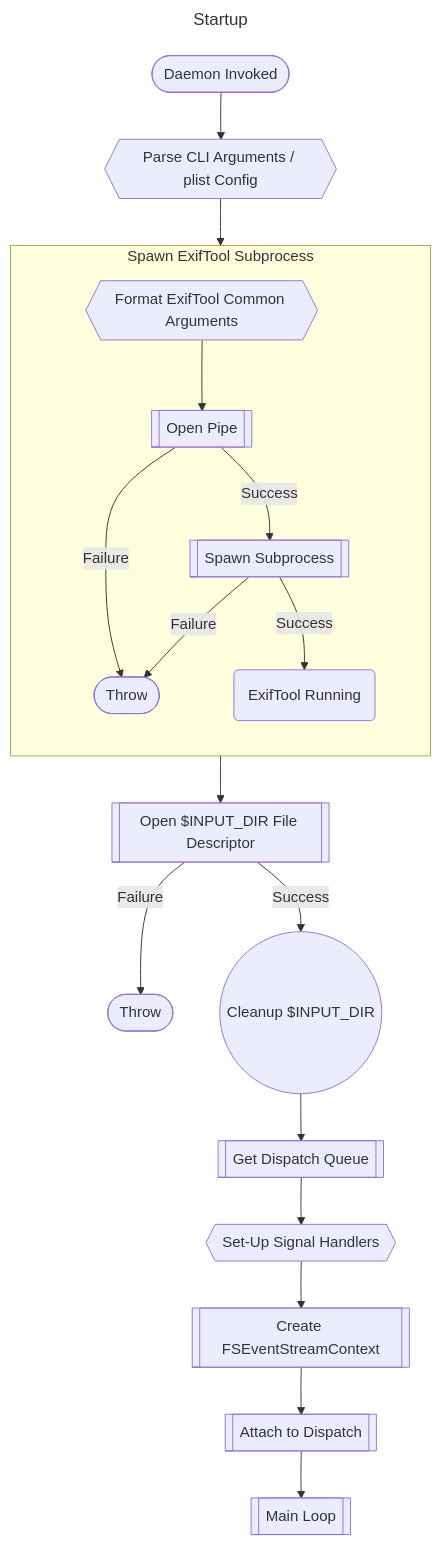
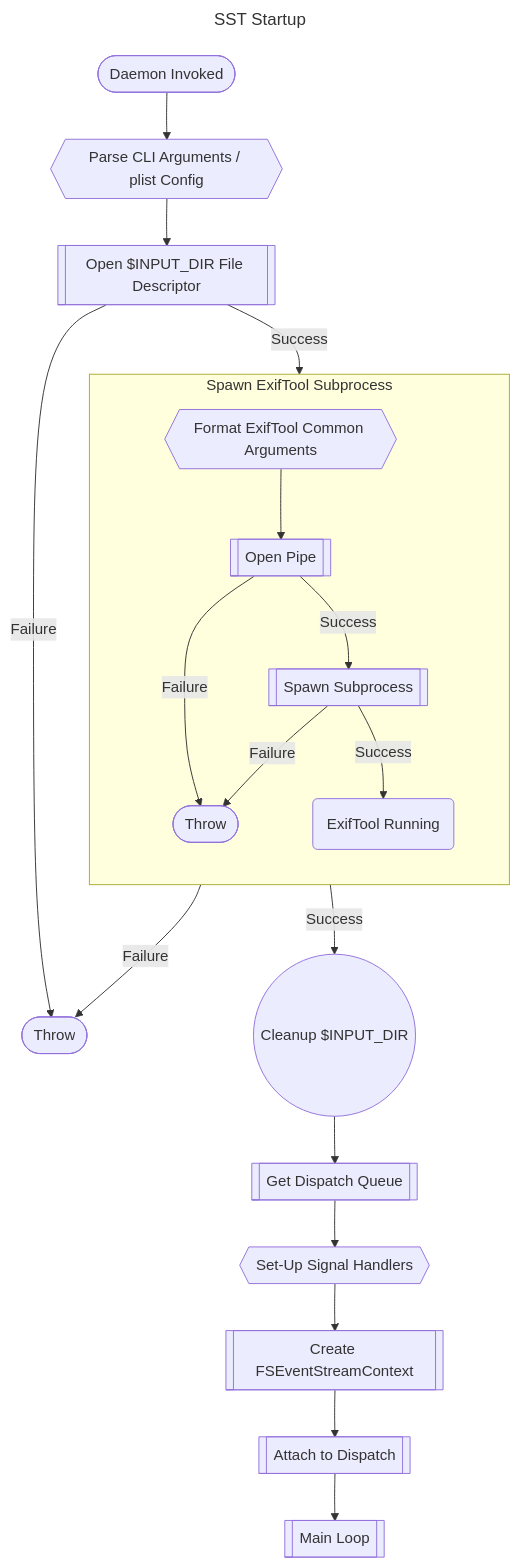
One commit to CharlesMC11/sst changed the diagram in Documentation/flowchart_startup.mmd. Above: the diagram before and after it, drawn with Mermaid. The commit also changed 6 other files, not shown here.

```diff
--- a/Documentation/flowchart_startup.mmd
+++ b/Documentation/flowchart_startup.mmd
@@ -1,25 +1,25 @@
 ---
-title: Startup
+title: SST Startup
 ---
 flowchart
   IN([Daemon Invoked]) --> Parse{{Parse CLI Arguments / plist Config}}
-  Parse --> ExifTool
+  Parse --> FDOpen[[Open $INPUT_DIR File Descriptor]]
+  FDOpen --> |Failure| Throw2([Throw])
+  FDOpen --> |Success| ExifTool
 
   subgraph ExifTool [Spawn ExifTool Subprocess]
     direction TB
     Args{{Format ExifTool Common Arguments}} --> Pipe[[Open Pipe]]
     Pipe --> |Failure| Throw1([Throw])
     Pipe --> |Success| Spawn[[Spawn Subprocess]]
     Spawn --> |Failure| Throw1
     Spawn --> |Success| Run(ExifTool Running)
   end
 
-  ExifTool --> FDOpen[[Open $INPUT_DIR File Descriptor]]
-  FDOpen --> |Failure| Throw2([Throw])
-  FDOpen --> |Success| Cleanup((Cleanup $INPUT_DIR))
-
+  ExifTool --> |Failure| Throw2
+  ExifTool --> |Success| Cleanup((Cleanup $INPUT_DIR))
   Cleanup --> Dispatch[[Get Dispatch Queue]]
   Dispatch --> Signals{{Set-Up Signal Handlers}}
   Signals --> FSEvent[[Create FSEventStreamContext]]
   FSEvent --> Attach[[Attach to Dispatch]]
   Attach --> Start[[Main Loop]]
```
